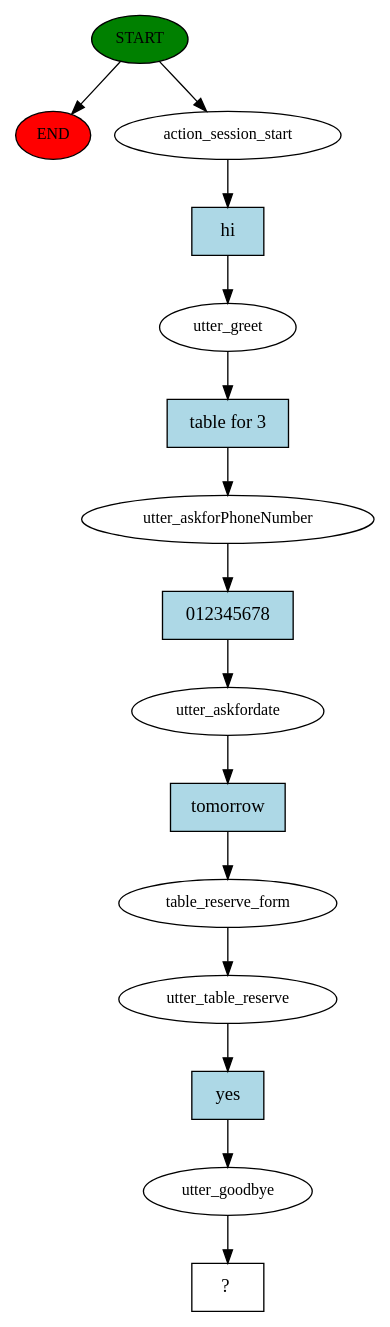
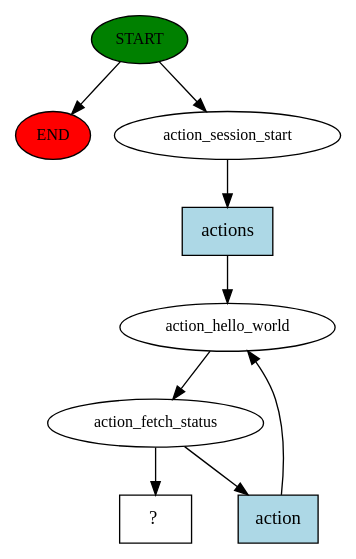
Before and after one commit to suhaibqaiser/botme: the diagram in botme-nlp/story_graph.dot, drawn with Graphviz. The commit also changed 23 other files, not shown here.

```diff
--- a/botme-nlp/story_graph.dot
+++ b/botme-nlp/story_graph.dot
@@ -1,31 +1,18 @@
 digraph  {
 0 [class="start active", fillcolor=green, fontsize=12, label=START, style=filled];
 "-1" [class=end, fillcolor=red, fontsize=12, label=END, style=filled];
 1 [class=active, fontsize=12, label=action_session_start];
-2 [class=active, fontsize=12, label=utter_greet];
-3 [class=active, fontsize=12, label=utter_askforPhoneNumber];
-4 [class=active, fontsize=12, label=utter_askfordate];
-5 [class=active, fontsize=12, label=table_reserve_form];
-6 [class=active, fontsize=12, label=utter_table_reserve];
-7 [class=active, fontsize=12, label=utter_goodbye];
-8 [class="intent dashed active", label="  ?  ", shape=rect];
-9 [class="intent active", fillcolor=lightblue, label=hi, shape=rect, style=filled];
-10 [class="intent active", fillcolor=lightblue, label="table for 3", shape=rect, style=filled];
-11 [class="intent active", fillcolor=lightblue, label=012345678, shape=rect, style=filled];
-12 [class="intent active", fillcolor=lightblue, label=tomorrow, shape=rect, style=filled];
-13 [class="intent active", fillcolor=lightblue, label=yes, shape=rect, style=filled];
+2 [class=active, fontsize=12, label=action_hello_world];
+3 [class=active, fontsize=12, label=action_fetch_status];
+18 [class="intent dashed active", label="  ?  ", shape=rect];
+19 [class="intent active", fillcolor=lightblue, label=actions, shape=rect, style=filled];
+20 [class="intent active", fillcolor=lightblue, label=action, shape=rect, style=filled];
 0 -> "-1"  [class="", key=NONE, label=""];
 0 -> 1  [class=active, key=NONE, label=""];
-1 -> 9  [class=active, key=0];
-2 -> 10  [class=active, key=0];
-3 -> 11  [class=active, key=0];
-4 -> 12  [class=active, key=0];
-5 -> 6  [class=active, key=NONE, label=""];
-6 -> 13  [class=active, key=0];
-7 -> 8  [class=active, key=NONE, label=""];
-9 -> 2  [class=active, key=0];
-10 -> 3  [class=active, key=0];
-11 -> 4  [class=active, key=0];
-12 -> 5  [class=active, key=0];
-13 -> 7  [class=active, key=0];
+1 -> 19  [class=active, key=0];
+2 -> 3  [class=active, key=NONE, label=""];
+3 -> 18  [class=active, key=NONE, label=""];
+3 -> 20  [class=active, key=0];
+19 -> 2  [class=active, key=0];
+20 -> 2  [class=active, key=0];
 }
```
